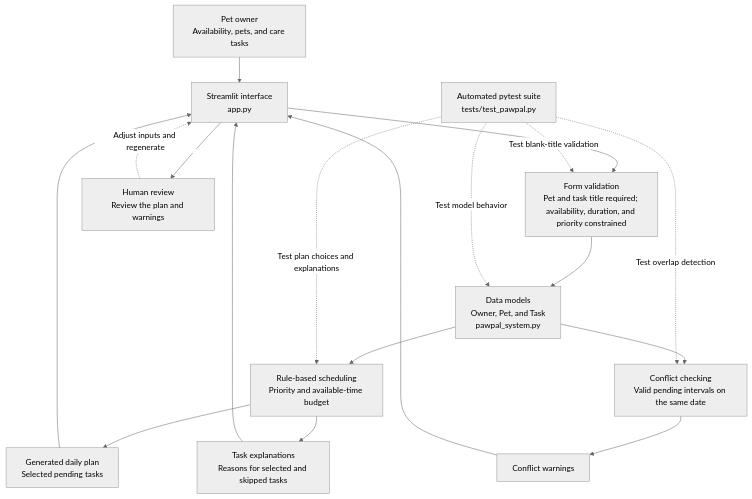
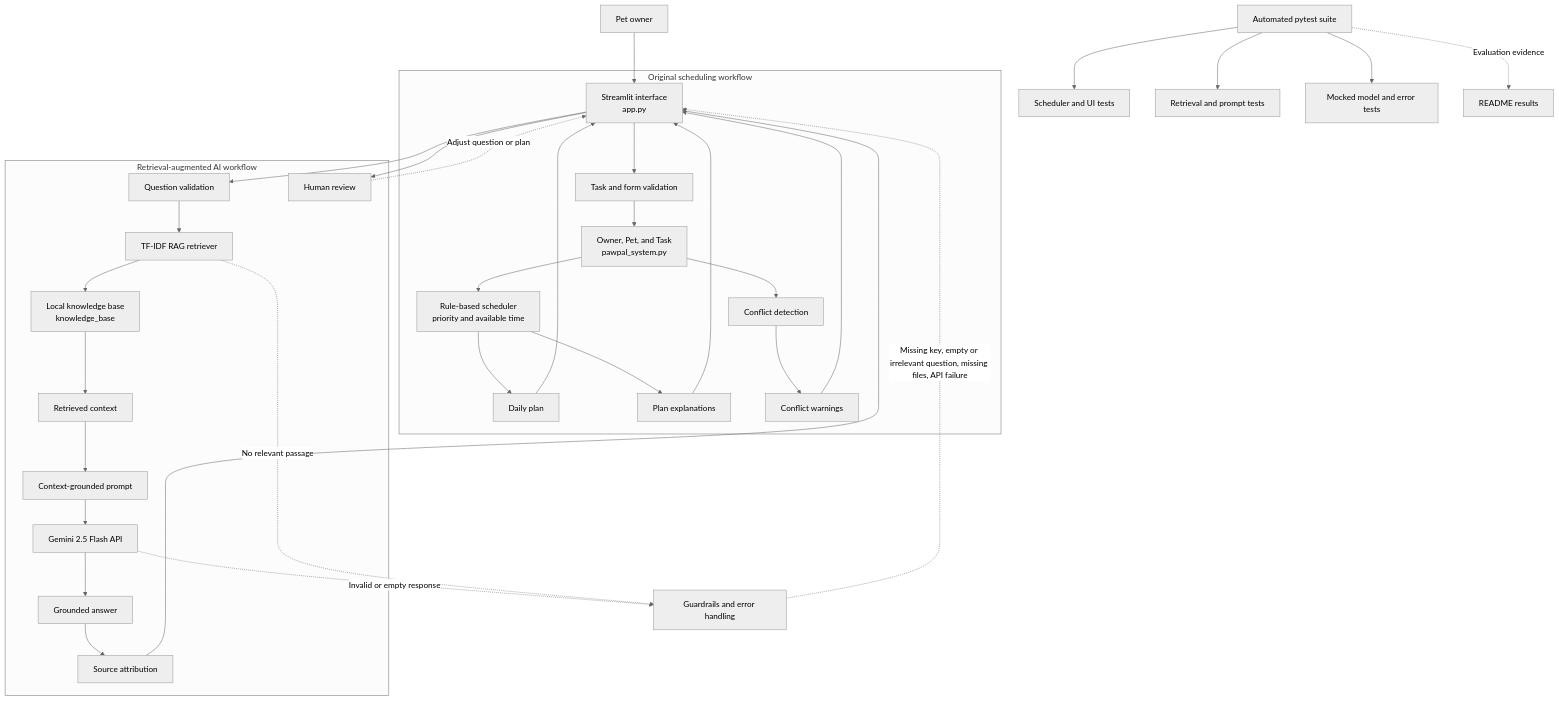
One commit to nirutachataut/applied-ai-system-project changed the diagram in diagrams/system_architecture.mmd. Above: the diagram before and after it, drawn with Mermaid (neutral theme). The commit also changed 14 other files, not shown here.

Commit message:
Add RAG pet care assistant

```diff
--- a/diagrams/system_architecture.mmd
+++ b/diagrams/system_architecture.mmd
@@ -1,20 +1,38 @@
 flowchart TD
-    U[Pet owner<br/>Availability, pets, and care tasks] --> UI[Streamlit interface<br/>app.py]
-    UI --> IV[Form validation<br/>Pet and task title required; availability, duration, and priority constrained]
-    IV --> DM[Data models<br/>Owner, Pet, and Task<br/>pawpal_system.py]
-    DM --> SL[Rule-based scheduling<br/>Priority and available-time budget]
-    SL --> PL[Generated daily plan<br/>Selected pending tasks]
-    SL --> EX[Task explanations<br/>Reasons for selected and skipped tasks]
-    DM --> CC[Conflict checking<br/>Valid pending intervals on the same date]
-    CC --> CW[Conflict warnings]
-    PL --> UI
-    EX --> UI
-    CW --> UI
-    UI --> HR[Human review<br/>Review the plan and warnings]
-    HR -. Adjust inputs and regenerate .-> UI
+    U[Pet owner] --> UI[Streamlit interface<br/>app.py]
 
-    AT[Automated pytest suite<br/>tests/test_pawpal.py]
-    AT -. Test model behavior .-> DM
-    AT -. Test plan choices and explanations .-> SL
-    AT -. Test overlap detection .-> CC
-    AT -. Test blank-title validation .-> IV
+    subgraph Scheduling[Original scheduling workflow]
+        UI --> SV[Task and form validation]
+        SV --> DM[Owner, Pet, and Task<br/>pawpal_system.py]
+        DM --> SL[Rule-based scheduler<br/>priority and available time]
+        SL --> PL[Daily plan]
+        SL --> EX[Plan explanations]
+        DM --> CC[Conflict detection]
+        CC --> CW[Conflict warnings]
+        PL --> UI
+        EX --> UI
+        CW --> UI
+    end
+
+    subgraph RAG[Retrieval-augmented AI workflow]
+        UI --> QV[Question validation]
+        QV --> RT[TF-IDF RAG retriever]
+        RT --> KB[Local knowledge base<br/>knowledge_base]
+        KB --> RC[Retrieved context]
+        RC --> PM[Context-grounded prompt]
+        PM --> AM[Gemini 2.5 Flash API]
+        AM --> GA[Grounded answer]
+        GA --> SA[Source attribution]
+        SA --> UI
+        UI --> HR[Human review]
+        HR -. Adjust question or plan .-> UI
+    end
+
+    GU[Guardrails and error handling] -. Missing key, empty or irrelevant question, missing files, API failure .-> UI
+    AM -. Invalid or empty response .-> GU
+    RT -. No relevant passage .-> GU
+
+    AT[Automated pytest suite] --> E1[Scheduler and UI tests]
+    AT --> E2[Retrieval and prompt tests]
+    AT --> E3[Mocked model and error tests]
+    AT -. Evaluation evidence .-> README[README results]
```
